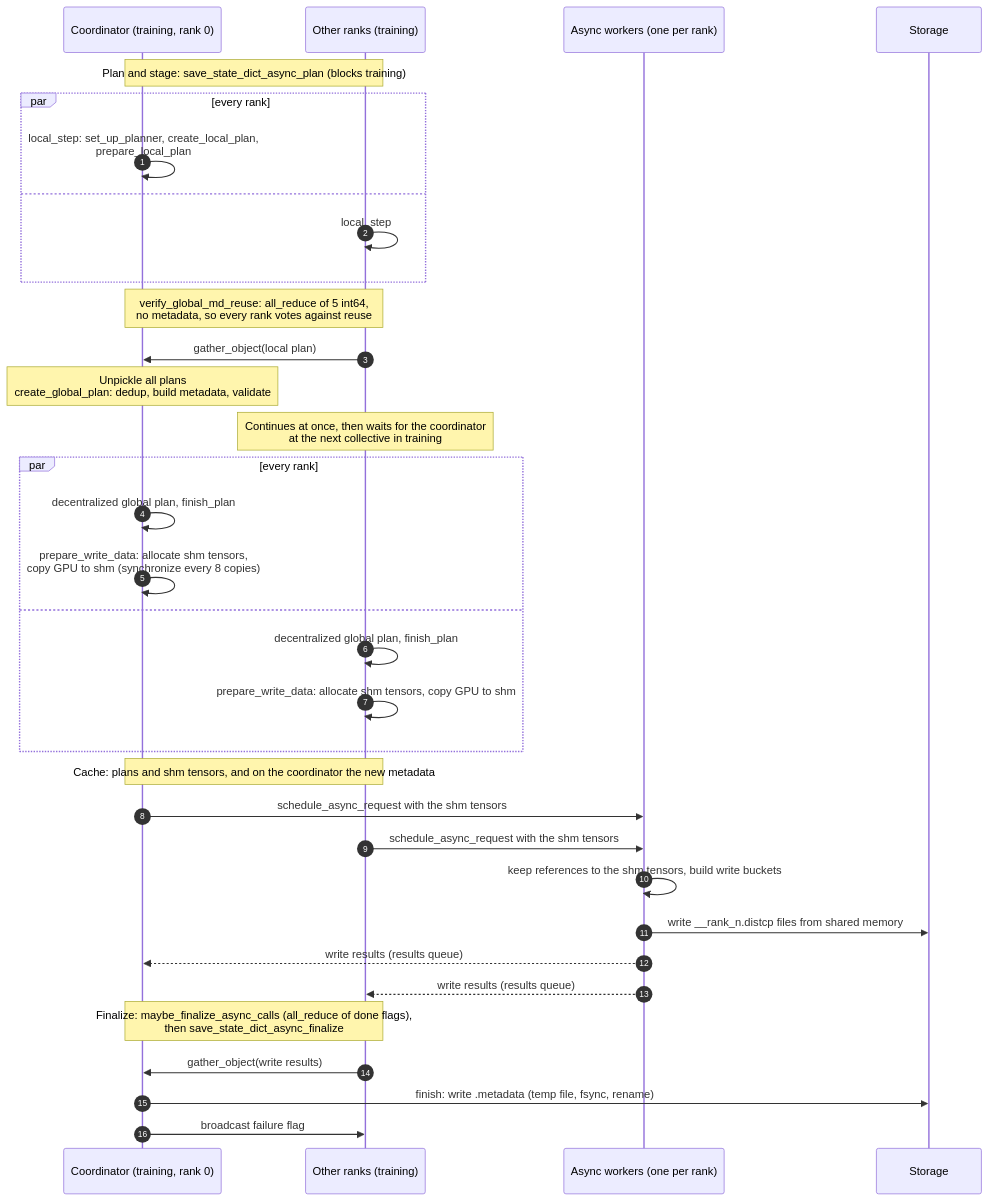
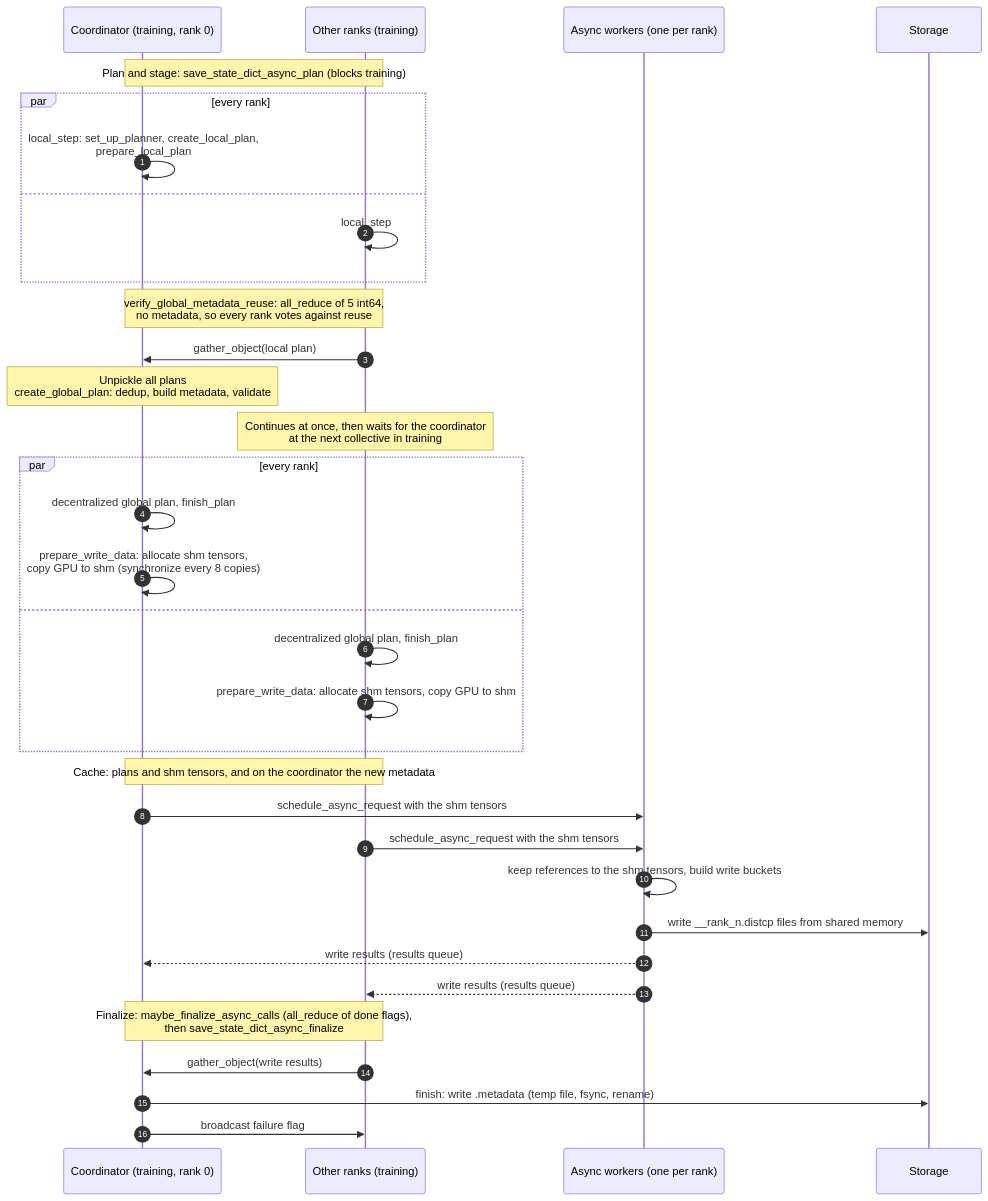
Before and after one commit to NVIDIA/nvidia-resiliency-ext: the first of 3 diagrams in docs/design/checkpoint/ASYNC_SAVE.md, drawn with Mermaid. The commit also changed other lines of this file and 1 other file, not shown here.

First line of the commit message:
Rename verify_global_md_reuse to verify_global_metadata_reuse

````diff
--- a/docs/design/checkpoint/ASYNC_SAVE.md
+++ b/docs/design/checkpoint/ASYNC_SAVE.md
@@ -53,39 +53,39 @@
 ```mermaid
 sequenceDiagram
     autonumber
     participant C as Coordinator (training, rank 0)
     participant R as Other ranks (training)
     participant W as Async workers (one per rank)
     participant S as Storage
 
     Note over C,R: Plan and stage: save_state_dict_async_plan (blocks training)
     par every rank
         C->>C: local_step: set_up_planner, create_local_plan,<br/>prepare_local_plan
     and
         R->>R: local_step
     end
-    Note over C,R: verify_global_md_reuse: all_reduce of 5 int64,<br/>no metadata, so every rank votes against reuse
+    Note over C,R: verify_global_metadata_reuse: all_reduce of 5 int64,<br/>no metadata, so every rank votes against reuse
     R->>C: gather_object(local plan)
     Note over C: Unpickle all plans<br/>create_global_plan: dedup, build metadata, validate
     Note over R: Continues at once, then waits for the coordinator<br/>at the next collective in training
     par every rank
         C->>C: decentralized global plan, finish_plan
         C->>C: prepare_write_data: allocate shm tensors,<br/>copy GPU to shm (synchronize every 8 copies)
     and
         R->>R: decentralized global plan, finish_plan
         R->>R: prepare_write_data: allocate shm tensors, copy GPU to shm
     end
     Note over C,R: Cache: plans and shm tensors, and on the coordinator the new metadata
 
     C->>W: schedule_async_request with the shm tensors
     R->>W: schedule_async_request with the shm tensors
     W->>W: keep references to the shm tensors, build write buckets
     W->>S: write __rank_n.distcp files from shared memory
     W-->>C: write results (results queue)
     W-->>R: write results (results queue)
 
     Note over C,R: Finalize: maybe_finalize_async_calls (all_reduce of done flags),<br/>then save_state_dict_async_finalize
     R->>C: gather_object(write results)
     C->>S: finish: write .metadata (temp file, fsync, rename)
     C->>R: broadcast failure flag
 ```
````
